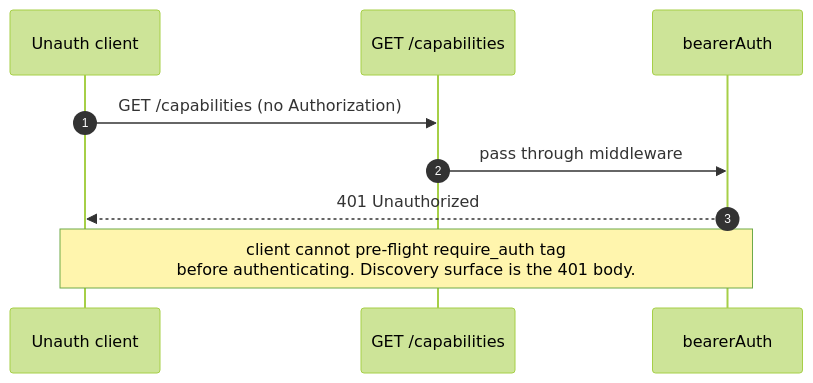
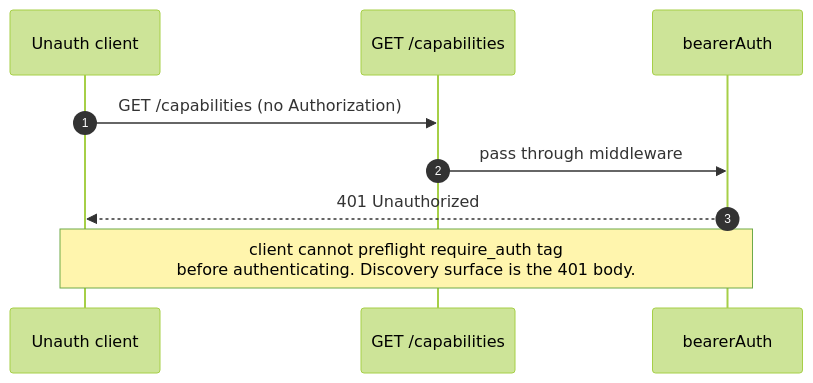
Before and after one commit to QwenLM/qwen-code: the third of 4 diagrams in docs/developers/daemon/12-auth-security.md, drawn with Mermaid (forest theme). The commit also changed other lines of this file and 22 other files, not shown here.

````diff
--- a/docs/developers/daemon/12-auth-security.md
+++ b/docs/developers/daemon/12-auth-security.md
@@ -232,12 +232,12 @@
 ```mermaid
 sequenceDiagram
     autonumber
     participant C as Unauth client
     participant CAPS as GET /capabilities
     participant BA as bearerAuth
 
     C->>CAPS: GET /capabilities (no Authorization)
     CAPS->>BA: pass through middleware
     BA-->>C: 401 Unauthorized
-    Note over C,BA: client cannot pre-flight require_auth tag<br/>before authenticating. Discovery surface is the 401 body.
+    Note over C,BA: client cannot preflight require_auth tag<br/>before authenticating. Discovery surface is the 401 body.
 ```
````
